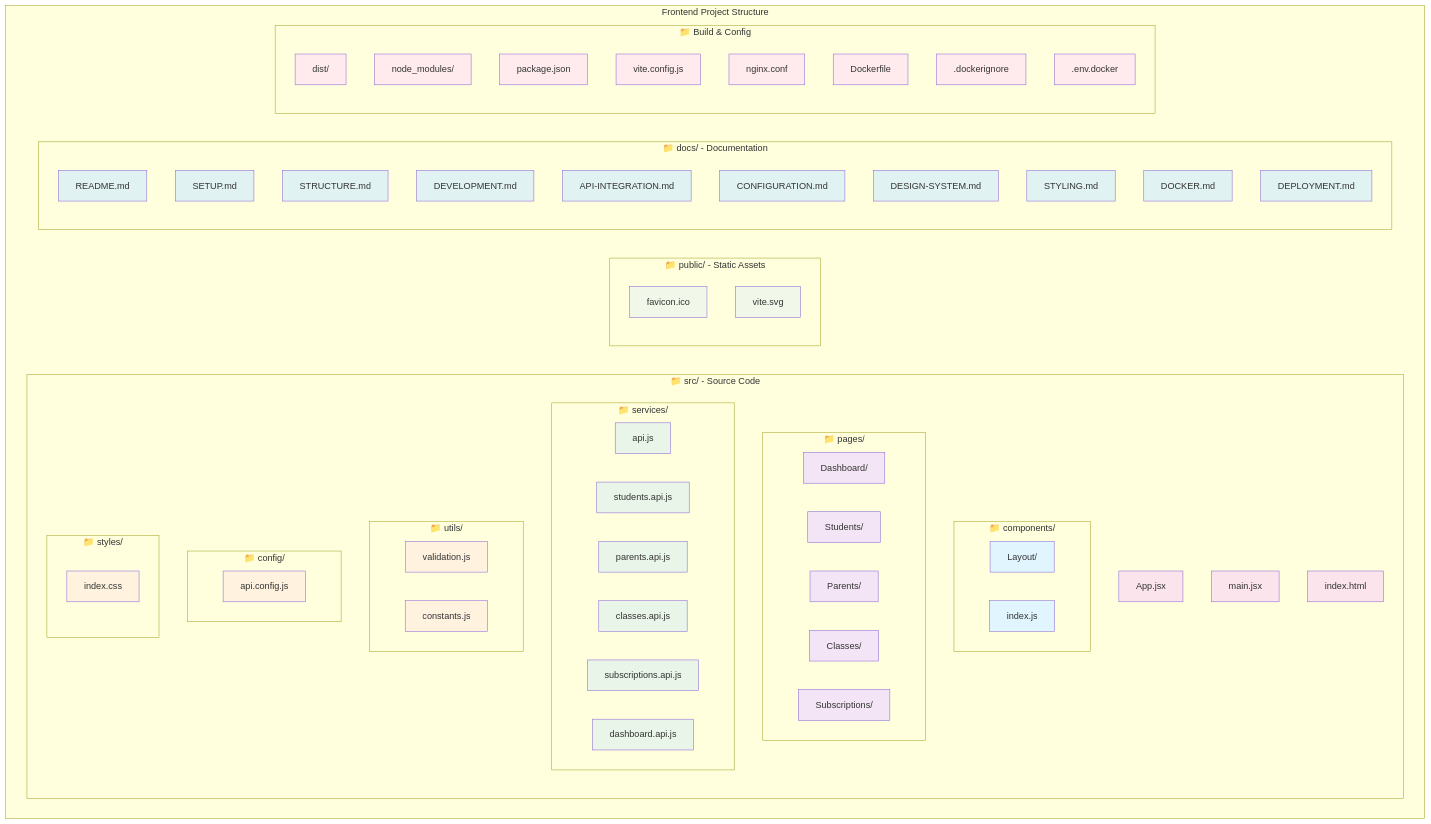
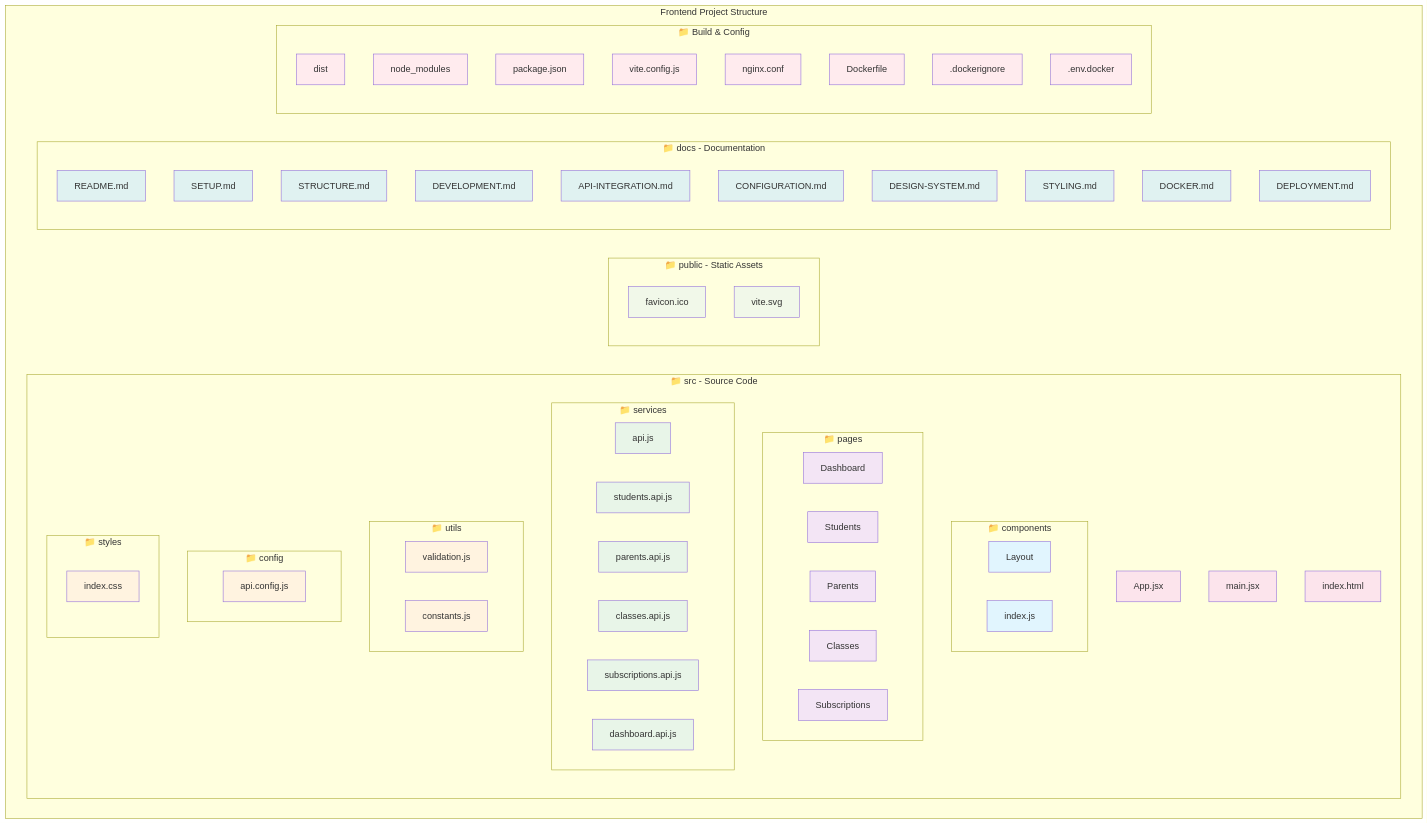
Before and after one commit to dammanhdungvn/teenup: the first of 7 diagrams in frontend/docs/STRUCTURE.md, drawn with Mermaid. The commit also changed other lines of this file and 1 other file, not shown here.

Commit message:
update docs frontend

````diff
--- a/frontend/docs/STRUCTURE.md
+++ b/frontend/docs/STRUCTURE.md
@@ -7,21 +7,21 @@
 ```mermaid
 graph TD
     subgraph "Frontend Project Structure"
-        subgraph "📁 src/ - Source Code"
-            subgraph "📁 components/"
-                C1[Layout/]
+        subgraph "📁 src - Source Code"
+            subgraph "📁 components"
+                C1[Layout]
                 C2[index.js]
             end
             
-            subgraph "📁 pages/"
-                P1[Dashboard/]
-                P2[Students/]
-                P3[Parents/]
-                P4[Classes/]
-                P5[Subscriptions/]
+            subgraph "📁 pages"
+                P1[Dashboard]
+                P2[Students]
+                P3[Parents]
+                P4[Classes]
+                P5[Subscriptions]
             end
             
-            subgraph "📁 services/"
+            subgraph "📁 services"
                 S1[api.js]
                 S2[students.api.js]
                 S3[parents.api.js]
@@ -30,16 +30,16 @@
                 S6[dashboard.api.js]
             end
             
-            subgraph "📁 utils/"
+            subgraph "📁 utils"
                 U1[validation.js]
                 U2[constants.js]
             end
             
-            subgraph "📁 config/"
+            subgraph "📁 config"
                 CF1[api.config.js]
             end
             
-            subgraph "📁 styles/"
+            subgraph "📁 styles"
                 ST1[index.css]
             end
             
@@ -48,12 +48,12 @@
             M3[index.html]
         end
         
-        subgraph "📁 public/ - Static Assets"
+        subgraph "📁 public - Static Assets"
             PA1[favicon.ico]
             PA2[vite.svg]
         end
         
-        subgraph "📁 docs/ - Documentation"
+        subgraph "📁 docs - Documentation"
             D1[README.md]
             D2[SETUP.md]
             D3[STRUCTURE.md]
@@ -67,8 +67,8 @@
         end
         
         subgraph "📁 Build & Config"
-            BC1[dist/]
-            BC2[node_modules/]
+            BC1[dist]
+            BC2[node_modules]
             BC3[package.json]
             BC4[vite.config.js]
             BC5[nginx.conf]
````
